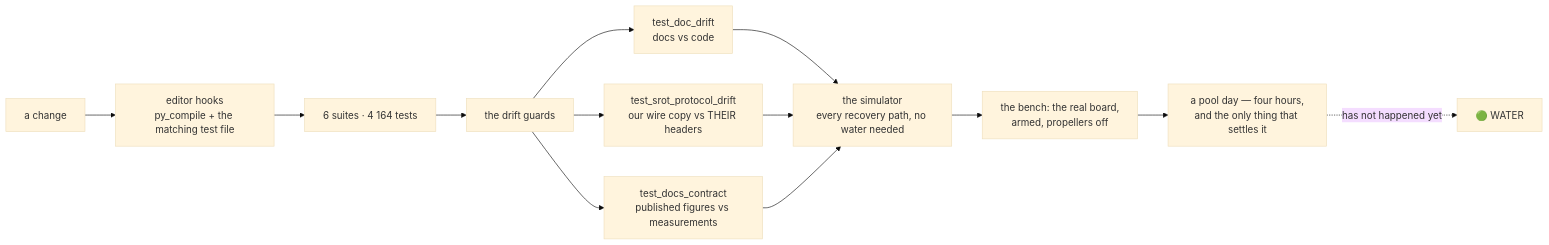
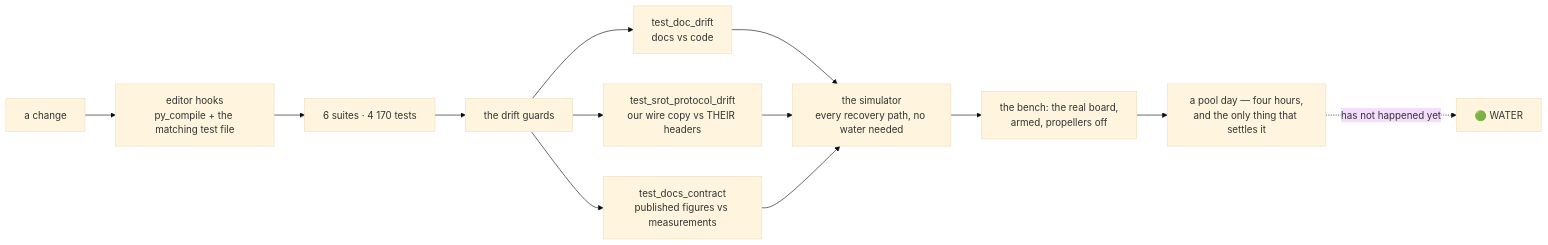
One commit to fh1m/mongla_ws changed the ninth of 10 diagrams in README.md. Above: the diagram before and after it, drawn with Mermaid (base theme). The commit also changed other lines of this file and 6 other files, not shown here.

````diff
--- a/README.md
+++ b/README.md
@@ -752,15 +752,15 @@
 ```mermaid
 flowchart LR
     DEV["a change"] --> HOOK["editor hooks<br/>py_compile + the matching test file"]
-    HOOK --> UNIT["6 suites · 4 164 tests"]
+    HOOK --> UNIT["6 suites · 4 170 tests"]
     UNIT --> GUARD["the drift guards"]
     GUARD --> G1["test_doc_drift<br/>docs vs code"]
     GUARD --> G2["test_srot_protocol_drift<br/>our wire copy vs THEIR headers"]
     GUARD --> G3["test_docs_contract<br/>published figures vs measurements"]
     G1 --> SIM["the simulator<br/>every recovery path, no water needed"]
     G2 --> SIM
     G3 --> SIM
     SIM --> BENCH["the bench: the real board,<br/>armed, propellers off"]
     BENCH --> POOL["a pool day — four hours,<br/>and the only thing that settles it"]
     POOL -.->|"has not happened yet"| WATER["🟢 WATER"]
 ```
````
